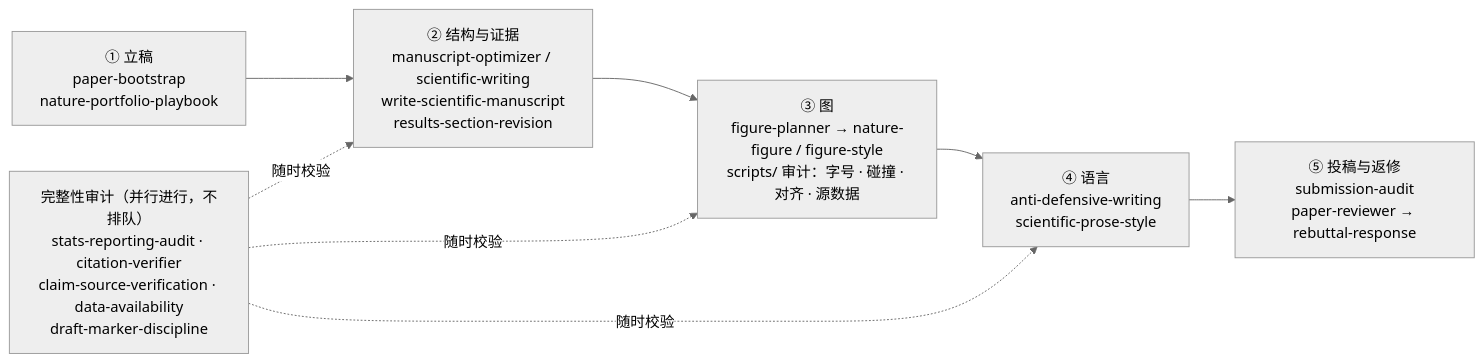
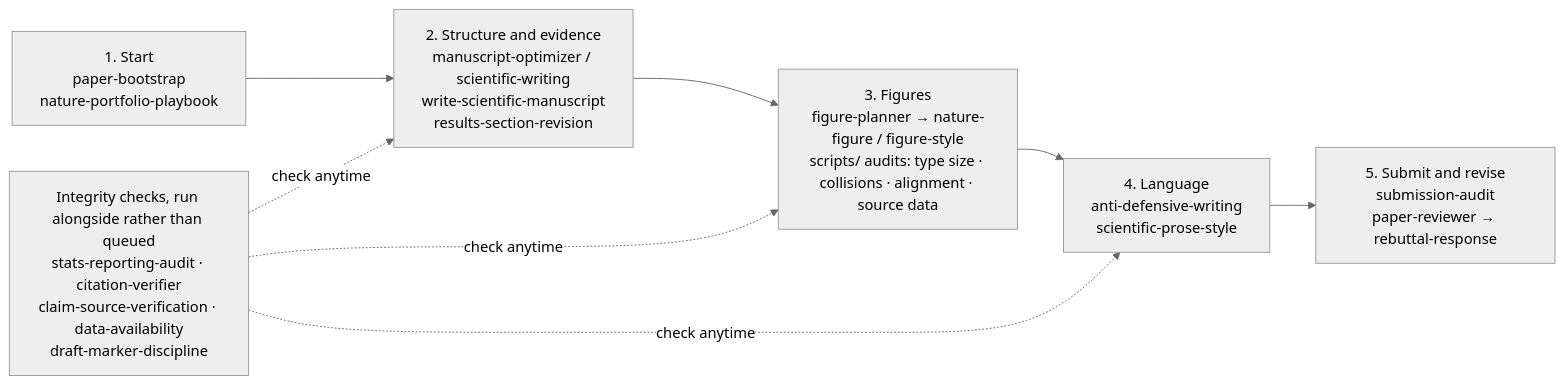
One commit to Boom5426/Nature-Paper-Skills changed the diagram in README.md. Above: the diagram before and after it, drawn with Mermaid (neutral theme). The commit also changed other lines of this file and 48 other files, not shown here.

````diff
--- a/README.md
+++ b/README.md
@@ -132,13 +134,13 @@
 ```mermaid
 flowchart LR
-    A["① 立稿<br/>paper-bootstrap<br/>nature-portfolio-playbook"]
-    B["② 结构与证据<br/>manuscript-optimizer / scientific-writing<br/>write-scientific-manuscript<br/>results-section-revision"]
-    C["③ 图<br/>figure-planner → nature-figure / figure-style<br/>scripts/ 审计：字号 · 碰撞 · 对齐 · 源数据"]
-    D["④ 语言<br/>anti-defensive-writing<br/>scientific-prose-style"]
-    E["⑤ 投稿与返修<br/>submission-audit<br/>paper-reviewer → rebuttal-response"]
-    F["完整性审计（并行进行，不排队）<br/>stats-reporting-audit · citation-verifier<br/>claim-source-verification · data-availability<br/>draft-marker-discipline"]
+    A["1. Start<br/>paper-bootstrap<br/>nature-portfolio-playbook"]
+    B["2. Structure and evidence<br/>manuscript-optimizer / scientific-writing<br/>write-scientific-manuscript<br/>results-section-revision"]
+    C["3. Figures<br/>figure-planner → nature-figure / figure-style<br/>scripts/ audits: type size · collisions · alignment · source data"]
+    D["4. Language<br/>anti-defensive-writing<br/>scientific-prose-style"]
+    E["5. Submit and revise<br/>submission-audit<br/>paper-reviewer → rebuttal-response"]
+    F["Integrity checks, run alongside rather than queued<br/>stats-reporting-audit · citation-verifier<br/>claim-source-verification · data-availability<br/>draft-marker-discipline"]
     A --> B --> C --> D --> E
-    F -.随时校验.-> B
-    F -.随时校验.-> C
-    F -.随时校验.-> D
+    F -.check anytime.-> B
+    F -.check anytime.-> C
+    F -.check anytime.-> D
 ```
````
